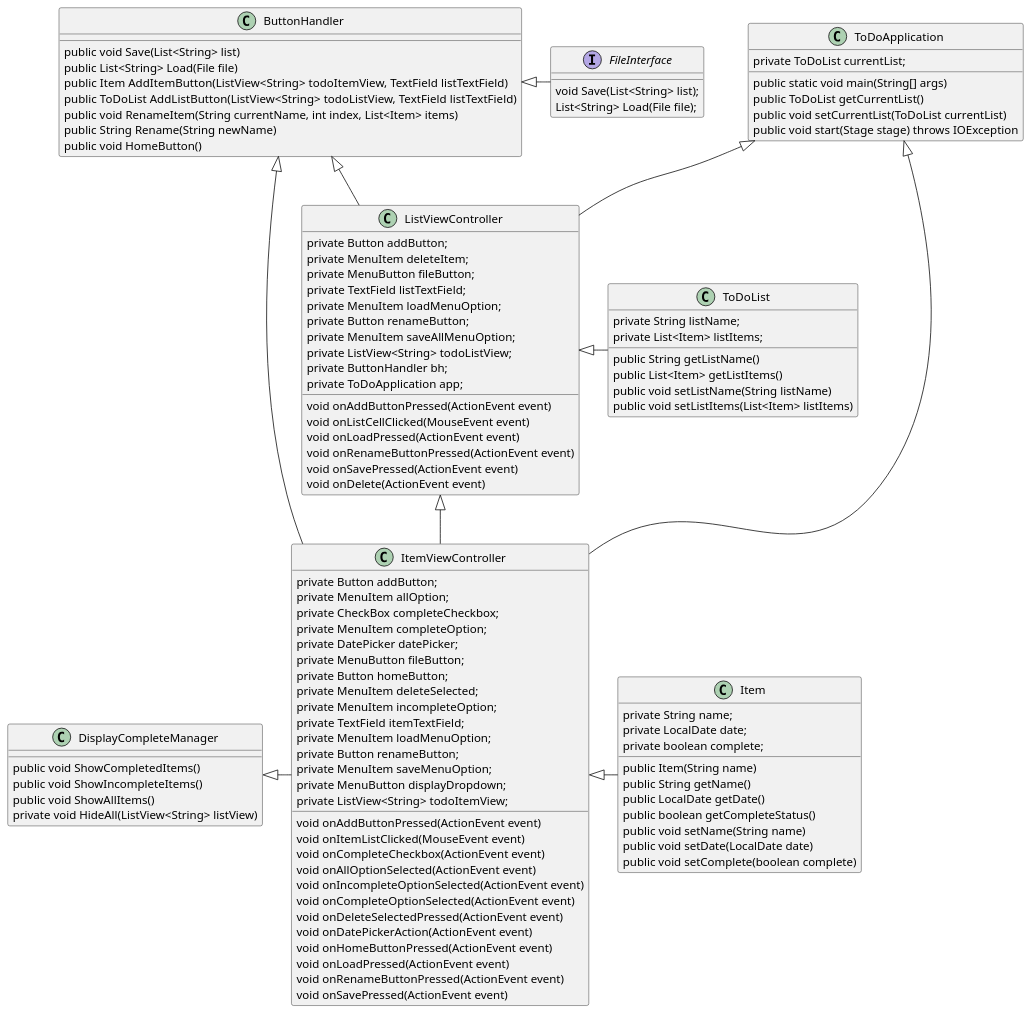
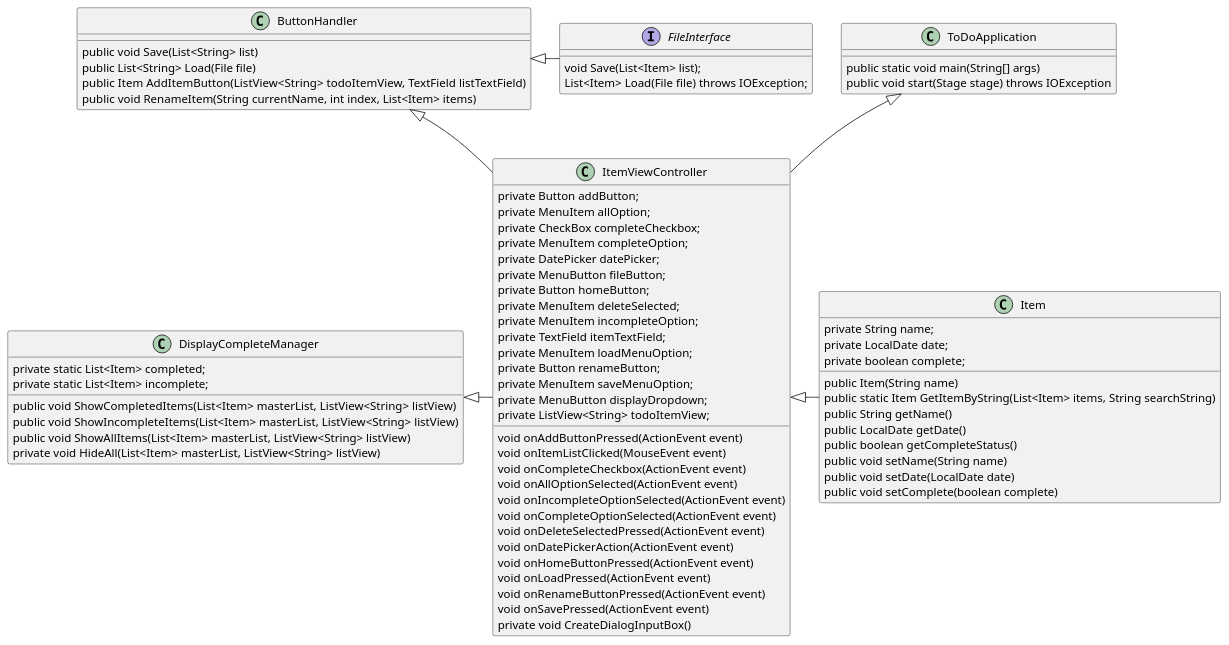
Before and after one commit to AlejanPelaez9004/Pelaez-COP3330-assignment4part2: the diagram in uml/ToDoApplication.puml, drawn with PlantUML. The commit also changed 3 other files, not shown here.

Commit message:
Added correct puml diagram

```diff
--- a/uml/ToDoApplication.puml
+++ b/uml/ToDoApplication.puml
@@ -1,123 +1,86 @@
 @startuml
 
 ItemViewController <|- Item
-ListViewController <|- ToDoList
 ToDoApplication <|-- ItemViewController
-ToDoApplication <|-- ListViewController
 
 ButtonHandler <|- FileInterface
-ButtonHandler <|-- ListViewController
-ButtonHandler <|- ItemViewController
-ListViewController <|-- ItemViewController
+ButtonHandler <|-- ItemViewController
 DisplayCompleteManager <|- ItemViewController
 
 interface FileInterface
 {
-    void Save(List<String> list);
-    List<String> Load(File file);
+    void Save(List<Item> list);
+    List<Item> Load(File file) throws IOException;
 }
 
 class ItemViewController {
     private Button addButton;
     private MenuItem allOption;
     private CheckBox completeCheckbox;
     private MenuItem completeOption;
     private DatePicker datePicker;
     private MenuButton fileButton;
     private Button homeButton;
     private MenuItem deleteSelected;
     private MenuItem incompleteOption;
     private TextField itemTextField;
     private MenuItem loadMenuOption;
     private Button renameButton;
     private MenuItem saveMenuOption;
     private MenuButton displayDropdown;
     private ListView<String> todoItemView;
     void onAddButtonPressed(ActionEvent event)
     void onItemListClicked(MouseEvent event)
     void onCompleteCheckbox(ActionEvent event)
     void onAllOptionSelected(ActionEvent event)
     void onIncompleteOptionSelected(ActionEvent event)
     void onCompleteOptionSelected(ActionEvent event)
     void onDeleteSelectedPressed(ActionEvent event)
     void onDatePickerAction(ActionEvent event)
     void onHomeButtonPressed(ActionEvent event)
     void onLoadPressed(ActionEvent event)
     void onRenameButtonPressed(ActionEvent event)
     void onSavePressed(ActionEvent event)
+    private void CreateDialogInputBox()
 }
 
 class ToDoApplication
 {
-    private ToDoList currentList;
     public static void main(String[] args)
-    public ToDoList getCurrentList()
-    public void setCurrentList(ToDoList currentList)
     public void start(Stage stage) throws IOException
 }
 
 class Item
 {
     private String name;
     private LocalDate date;
     private boolean complete;
     public Item(String name)
+    public static Item GetItemByString(List<Item> items, String searchString)
     public String getName()
     public LocalDate getDate()
     public boolean getCompleteStatus()
     public void setName(String name)
     public void setDate(LocalDate date)
     public void setComplete(boolean complete)
 }
 
-class ListViewController
-{
-    private Button addButton;
-    private MenuItem deleteItem;
-    private MenuButton fileButton;
-    private TextField listTextField;
-    private MenuItem loadMenuOption;
-    private Button renameButton;
-    private MenuItem saveAllMenuOption;
-    private ListView<String> todoListView;
-    private ButtonHandler bh;
-    private ToDoApplication app;
-    void onAddButtonPressed(ActionEvent event)
-    void onListCellClicked(MouseEvent event)
-    void onLoadPressed(ActionEvent event)
-    void onRenameButtonPressed(ActionEvent event)
-    void onSavePressed(ActionEvent event)
-    void onDelete(ActionEvent event)
-}
-
-class ToDoList
-{
-    private String listName;
-    private List<Item> listItems;
-    public String getListName()
-    public List<Item> getListItems()
-    public void setListName(String listName)
-    public void setListItems(List<Item> listItems)
-}
-
-
 class ButtonHandler
 {
     public void Save(List<String> list)
     public List<String> Load(File file)
     public Item AddItemButton(ListView<String> todoItemView, TextField listTextField)
-    public ToDoList AddListButton(ListView<String> todoListView, TextField listTextField)
     public void RenameItem(String currentName, int index, List<Item> items)
-    public String Rename(String newName)
-    public void HomeButton()
 }
 
 class DisplayCompleteManager
 {
-    public void ShowCompletedItems()
-    public void ShowIncompleteItems()
-    public void ShowAllItems()
-    private void HideAll(ListView<String> listView)
+    private static List<Item> completed;
+    private static List<Item> incomplete;
+    public void ShowCompletedItems(List<Item> masterList, ListView<String> listView)
+    public void ShowIncompleteItems(List<Item> masterList, ListView<String> listView)
+    public void ShowAllItems(List<Item> masterList, ListView<String> listView)
+    private void HideAll(List<Item> masterList, ListView<String> listView)
 }
 
 @enduml
```
